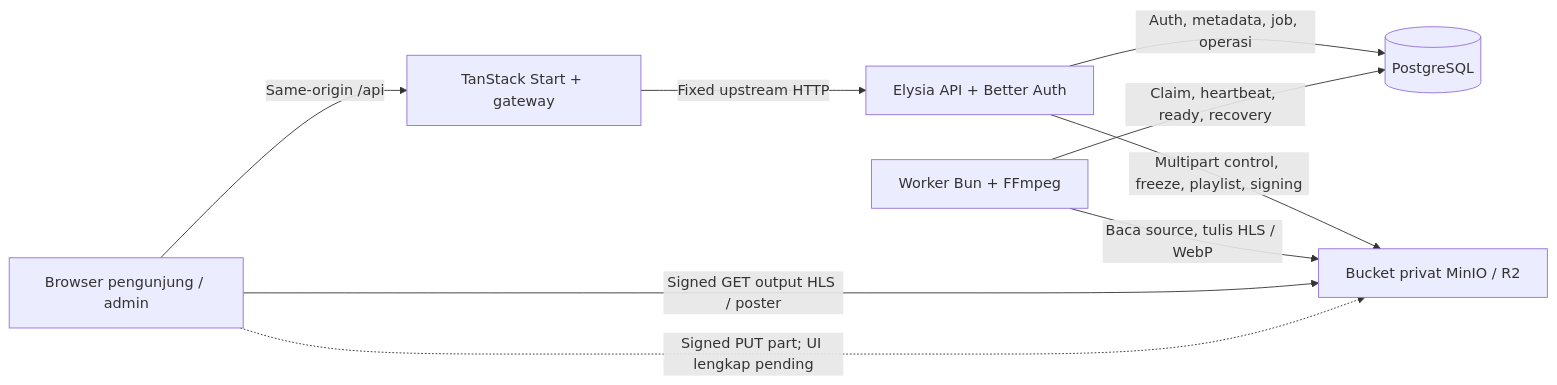
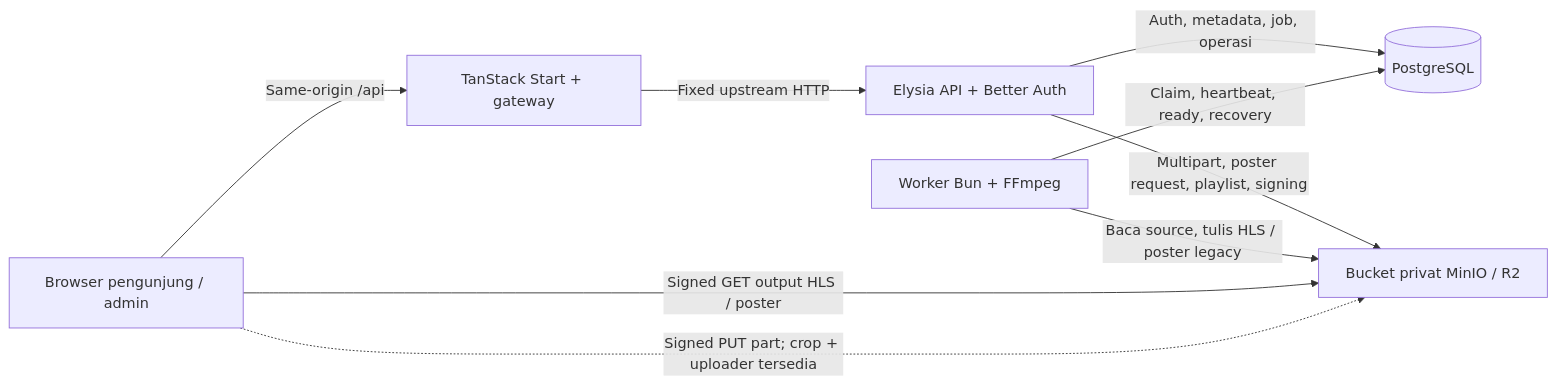
Before and after one commit to bayuaji17/vertical-movie-app: the diagram in docs/architecture/overview.md, drawn with Mermaid. The commit also changed other lines of this file and 12 other files, not shown here.

````diff
--- a/docs/architecture/overview.md
+++ b/docs/architecture/overview.md
@@ -35,11 +35,11 @@
 ```mermaid
 flowchart LR
   B["Browser pengunjung / admin"] -->|"Same-origin /api"| W["TanStack Start + gateway"]
   W -->|"Fixed upstream HTTP"| A["Elysia API + Better Auth"]
   A -->|"Auth, metadata, job, operasi"| D[(PostgreSQL)]
-  A -->|"Multipart control, freeze, playlist, signing"| S["Bucket privat MinIO / R2"]
+  A -->|"Multipart, poster request, playlist, signing"| S["Bucket privat MinIO / R2"]
   T["Worker Bun + FFmpeg"] -->|"Claim, heartbeat, ready, recovery"| D
-  T -->|"Baca source, tulis HLS / WebP"| S
+  T -->|"Baca source, tulis HLS / poster legacy"| S
   B -->|"Signed GET output HLS / poster"| S
-  B -.->|"Signed PUT part; UI lengkap pending"| S
+  B -.->|"Signed PUT part; crop + uploader tersedia"| S
 ```
````
